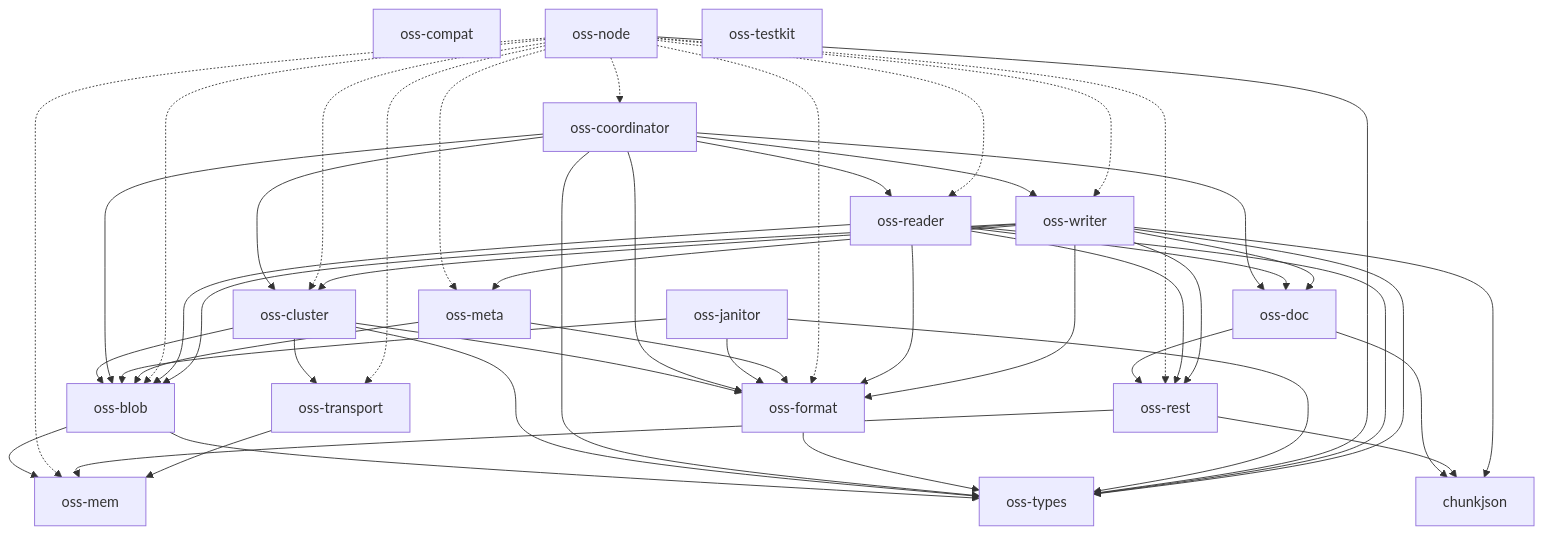
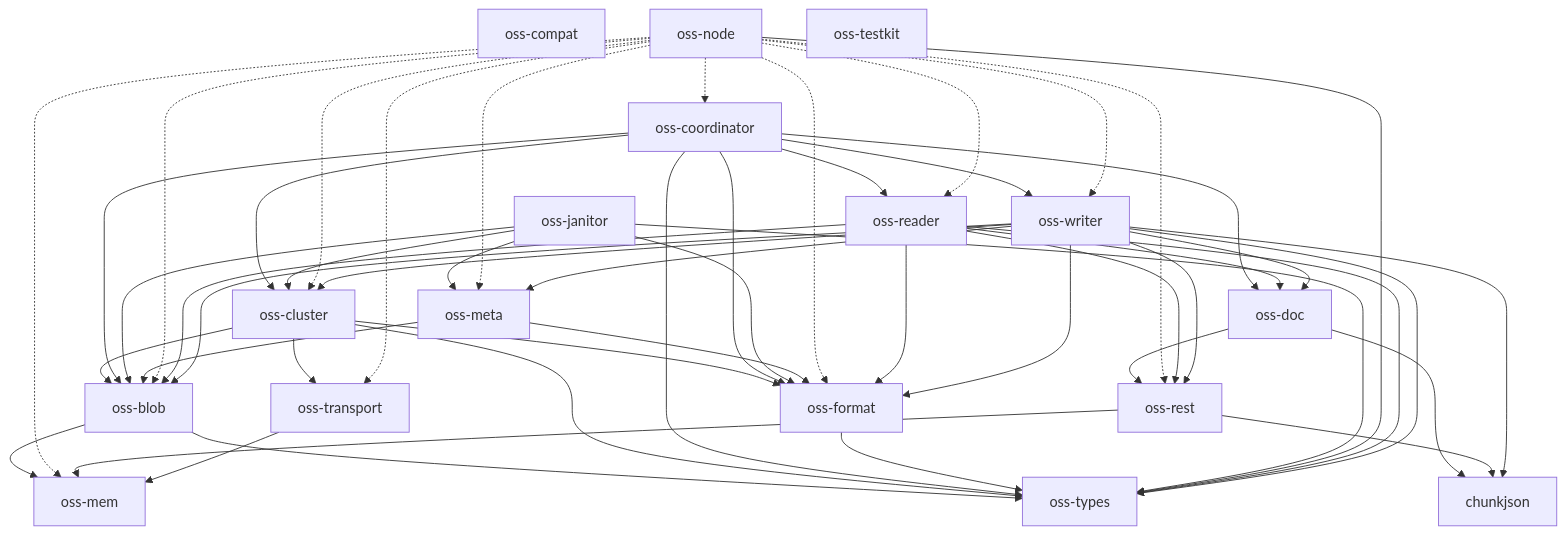
Before and after one commit to huyz0/opensearch-serverless: the diagram in docs/architecture.md, drawn with Mermaid. The commit also changed 12 other files, not shown here.

````diff
--- a/docs/architecture.md
+++ b/docs/architecture.md
@@ -10,56 +10,58 @@
 ```mermaid
 graph TD
     chunkjson
     oss-blob --> oss-mem
     oss-blob --> oss-types
     oss-cluster --> oss-blob
     oss-cluster --> oss-format
     oss-cluster --> oss-transport
     oss-cluster --> oss-types
     oss-compat
     oss-coordinator --> oss-blob
     oss-coordinator --> oss-cluster
     oss-coordinator --> oss-doc
     oss-coordinator --> oss-format
     oss-coordinator --> oss-reader
     oss-coordinator --> oss-types
     oss-coordinator --> oss-writer
     oss-doc --> chunkjson
     oss-doc --> oss-rest
     oss-format --> oss-types
     oss-janitor --> oss-blob
+    oss-janitor --> oss-cluster
     oss-janitor --> oss-format
+    oss-janitor --> oss-meta
     oss-janitor --> oss-types
     oss-mem
     oss-meta --> oss-blob
     oss-meta --> oss-format
     oss-node -.-> oss-blob
     oss-node -.-> oss-cluster
     oss-node -.-> oss-coordinator
     oss-node -.-> oss-format
     oss-node -.-> oss-mem
     oss-node -.-> oss-meta
     oss-node -.-> oss-reader
     oss-node -.-> oss-rest
     oss-node -.-> oss-transport
     oss-node --> oss-types
     oss-node -.-> oss-writer
     oss-reader --> oss-blob
     oss-reader --> oss-doc
     oss-reader --> oss-format
     oss-reader --> oss-rest
     oss-reader --> oss-types
     oss-rest --> chunkjson
     oss-rest --> oss-mem
     oss-testkit
     oss-transport --> oss-mem
     oss-types
     oss-writer --> chunkjson
     oss-writer --> oss-blob
     oss-writer --> oss-cluster
     oss-writer --> oss-doc
     oss-writer --> oss-format
     oss-writer --> oss-meta
     oss-writer --> oss-rest
     oss-writer --> oss-types
 ```
````
